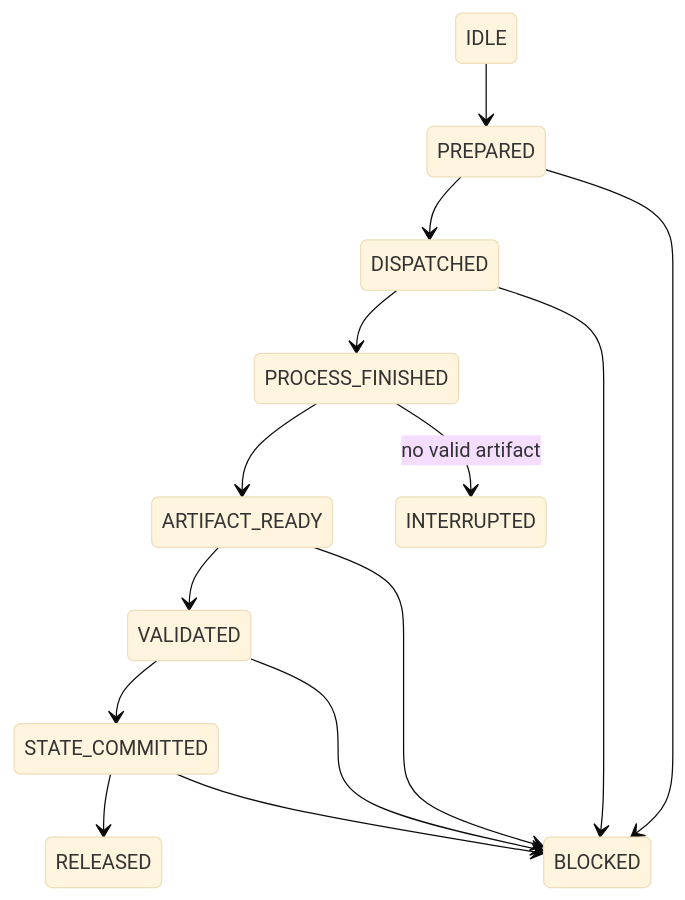
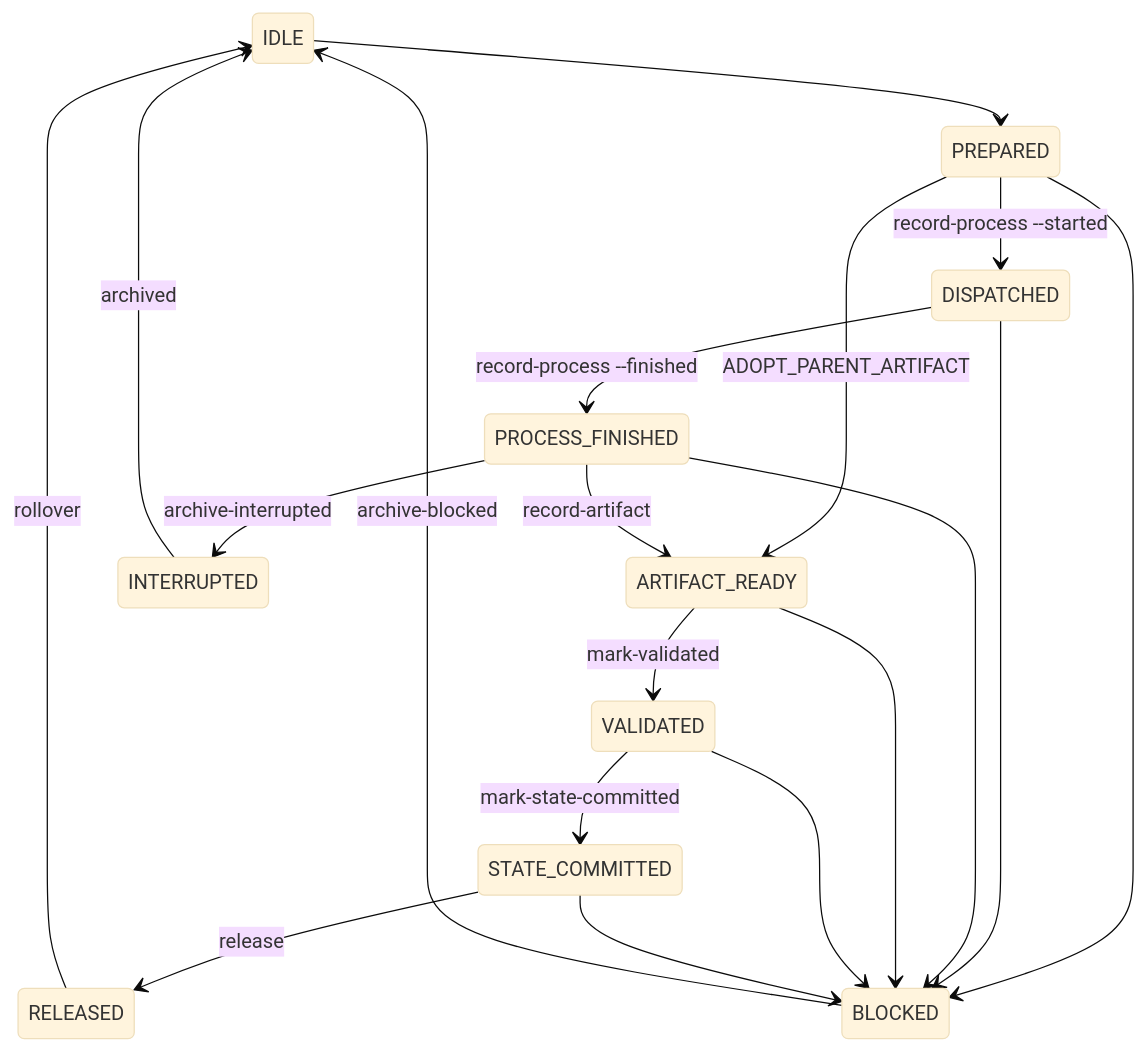
One commit to FelipeAngeli/hermes-sdd-orchestrator changed the diagram in docs/components/action-journal.md. Above: the diagram before and after it, drawn with Mermaid (base theme). The commit also changed other lines of this file and 7 other files, not shown here.

````diff
--- a/docs/components/action-journal.md
+++ b/docs/components/action-journal.md
@@ -11,16 +32,21 @@
 ```mermaid
 stateDiagram-v2
     IDLE --> PREPARED
-    PREPARED --> DISPATCHED
-    DISPATCHED --> PROCESS_FINISHED
-    PROCESS_FINISHED --> ARTIFACT_READY
-    PROCESS_FINISHED --> INTERRUPTED: no valid artifact
-    ARTIFACT_READY --> VALIDATED
-    VALIDATED --> STATE_COMMITTED
-    STATE_COMMITTED --> RELEASED
+    PREPARED --> DISPATCHED: record-process --started
+    PREPARED --> ARTIFACT_READY: ADOPT_PARENT_ARTIFACT
+    DISPATCHED --> PROCESS_FINISHED: record-process --finished
+    PROCESS_FINISHED --> ARTIFACT_READY: record-artifact
+    PROCESS_FINISHED --> INTERRUPTED: archive-interrupted
+    ARTIFACT_READY --> VALIDATED: mark-validated
+    VALIDATED --> STATE_COMMITTED: mark-state-committed
+    STATE_COMMITTED --> RELEASED: release
+    RELEASED --> IDLE: rollover
+    INTERRUPTED --> IDLE: archived
     PREPARED --> BLOCKED
     DISPATCHED --> BLOCKED
+    PROCESS_FINISHED --> BLOCKED
     ARTIFACT_READY --> BLOCKED
     VALIDATED --> BLOCKED
     STATE_COMMITTED --> BLOCKED
+    BLOCKED --> IDLE: archive-blocked
 ```
````
